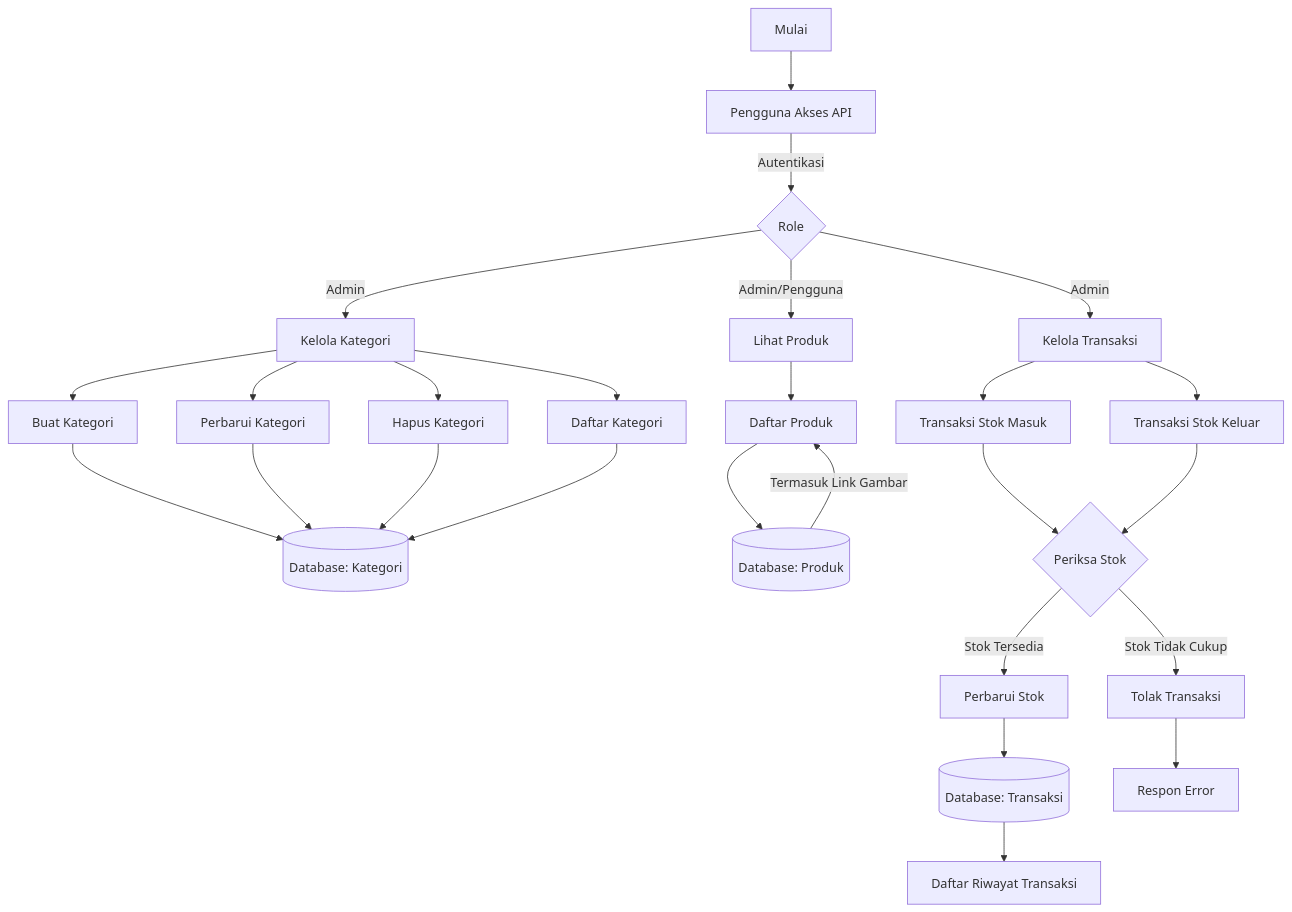
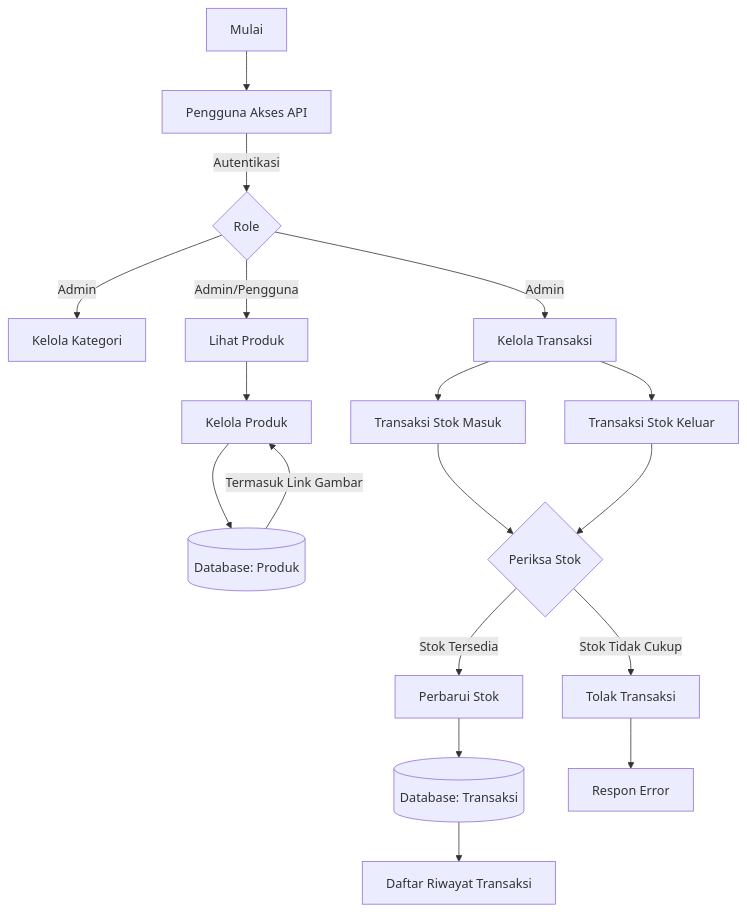
One commit to HN721/fgo24-Phase-3 changed the first of 2 diagrams in readme.md. Above: the diagram before and after it, drawn with Mermaid. The commit also changed 4 other files, not shown here.

````diff
--- a/readme.md
+++ b/readme.md
@@ -1,61 +1,48 @@
 ```mermaid
 flowchart TD
     A[Mulai] --> B[Pengguna Akses API]
     B -->|Autentikasi| C{Role}
     C -->|Admin| D[Kelola Kategori]
     C -->|Admin/Pengguna| E[Lihat Produk]
     C -->|Admin| F[Kelola Transaksi]
 
-    D --> D1[Buat Kategori]
-    D --> D2[Perbarui Kategori]
-    D --> D3[Hapus Kategori]
-    D --> D4[Daftar Kategori]
-    D1 --> G[(Database: Kategori)]
-    D2 --> G
-    D3 --> G
-    D4 --> G
 
-    E --> E1[Daftar Produk]
+    E --> E1[Kelola Produk]
     E1 --> H[(Database: Produk)]
     H -->|Termasuk Link Gambar| E1
 
     F --> F1[Transaksi Stok Masuk]
     F --> F2[Transaksi Stok Keluar]
     F1 --> I{Periksa Stok}
     F2 --> I
     I -->|Stok Tersedia| J[Perbarui Stok]
     I -->|Stok Tidak Cukup| K[Tolak Transaksi]
     J --> L[(Database: Transaksi)]
     K --> M[Respon Error]
     L --> N[Daftar Riwayat Transaksi]
 
     A:::start
     B:::process
     C:::decision
     D:::process
     E:::process
     F:::process
-    D1:::process
-    D2:::process
-    D3:::process
-    D4:::process
     E1:::process
     F1:::process
     F2:::process
     I:::decision
     J:::process
     K:::error
     M:::error
     N:::process
-    G:::data
     H:::data
     L:::data
 
     classDef start shape:circle
     classDef process shape:rect
     classDef decision shape:diamond
     classDef data shape:cylinder
     classDef error shape:rect
 
 
 ```
````
